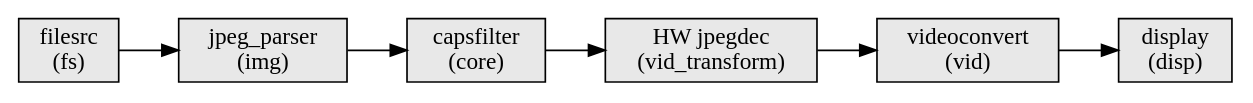
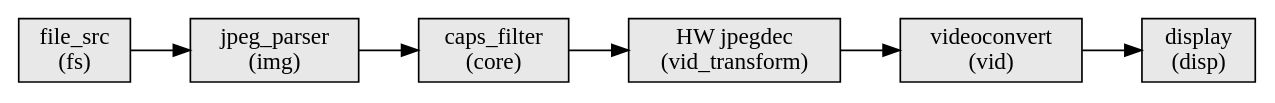
The first of 2 diagrams in samples/subsys/mpipe/jpeg_dec/README.rst (nxp-upstream/zephyr), drawn with Graphviz before and after one commit. The commit also changed other lines of this file and 36 other files, not shown here.

```diff
--- a/samples/subsys/mpipe/jpeg_dec/README.rst
+++ b/samples/subsys/mpipe/jpeg_dec/README.rst
@@ -24,13 +24,13 @@
 .. graphviz::
 
    digraph pipeline_a {
      rankdir=LR;
      node [shape=box, style=filled, fillcolor="#e8e8e8"];
-     filesrc      [label="filesrc\n(fs)"];
+     file_src      [label="file_src\n(fs)"];
      jpeg_parser  [label="jpeg_parser\n(img)"];
-     capsfilter   [label="capsfilter\n(core)"];
+     caps_filter   [label="caps_filter\n(core)"];
      hw_jpegdec   [label="HW jpegdec\n(vid_transform)"];
      videoconvert [label="videoconvert\n(vid)"];
      display      [label="display\n(disp)"];
-     filesrc -> jpeg_parser -> capsfilter -> hw_jpegdec -> videoconvert -> display;
+     file_src -> jpeg_parser -> caps_filter -> hw_jpegdec -> videoconvert -> display;
    }
```
